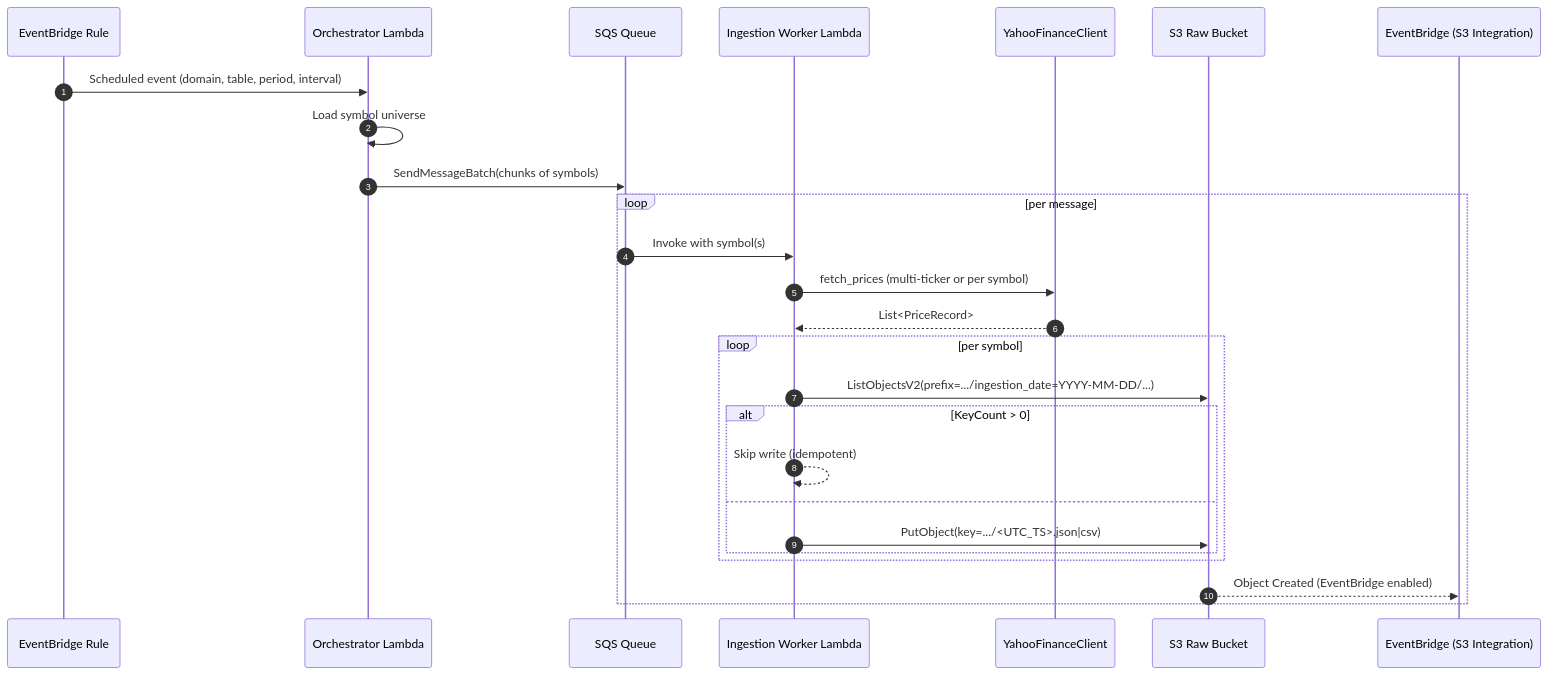
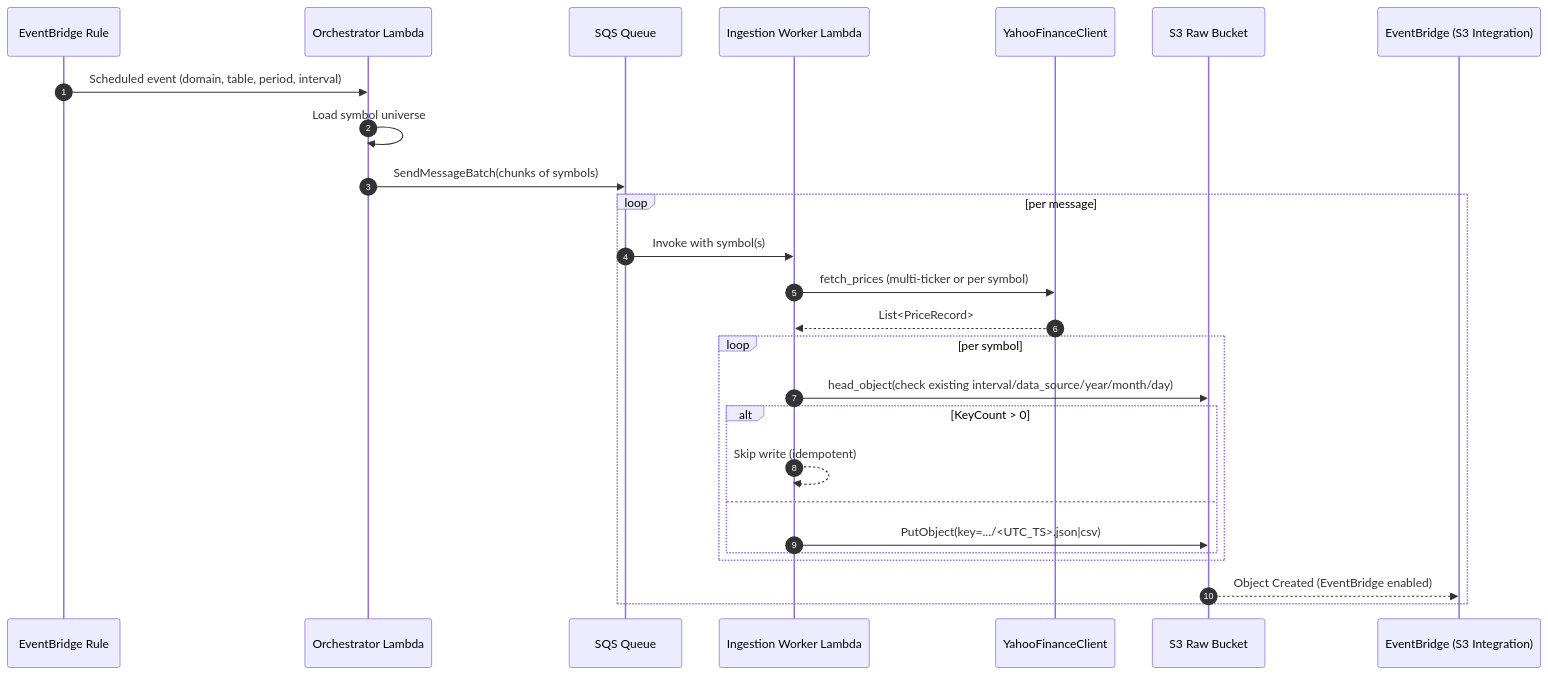
Before and after one commit to keemgdeok/fin-forge-pipeline: the diagram in docs/diagrams/extract/03-sequence.md, drawn with Mermaid. The commit also changed 6 other files, not shown here.

````diff
--- a/docs/diagrams/extract/03-sequence.md
+++ b/docs/diagrams/extract/03-sequence.md
@@ -1,30 +1,30 @@
 ```mermaid
 sequenceDiagram
   autonumber
   participant EV as EventBridge Rule
   participant ORC as Orchestrator Lambda
   participant SQS as SQS Queue
   participant WRK as Ingestion Worker Lambda
   participant YF as YahooFinanceClient
   participant S3 as S3 Raw Bucket
   participant EB as EventBridge (S3 Integration)
 
   EV->>ORC: Scheduled event (domain, table, period, interval)
   ORC->>ORC: Load symbol universe
   ORC->>SQS: SendMessageBatch(chunks of symbols)
   loop per message
     SQS->>WRK: Invoke with symbol(s)
     WRK->>YF: fetch_prices (multi-ticker or per symbol)
     YF-->>WRK: List<PriceRecord>
     loop per symbol
-      WRK->>S3: ListObjectsV2(prefix=.../ingestion_date=YYYY-MM-DD/...)
+  WRK->>S3: head_object(check existing interval/data_source/year/month/day)
       alt KeyCount > 0
         WRK-->>WRK: Skip write (idempotent)
       else
         WRK->>S3: PutObject(key=.../<UTC_TS>.json|csv)
       end
     end
     S3-->>EB: Object Created (EventBridge enabled)
   end
 
 ```
````
